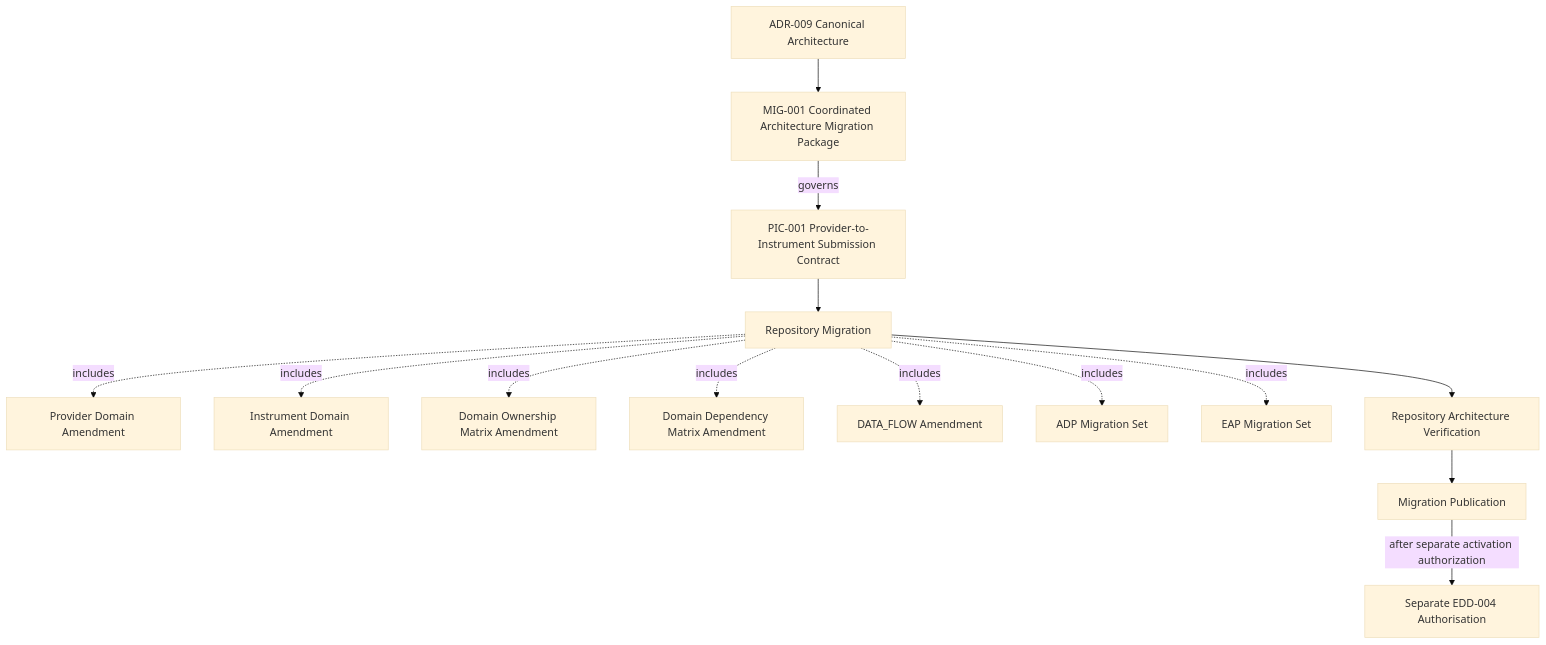
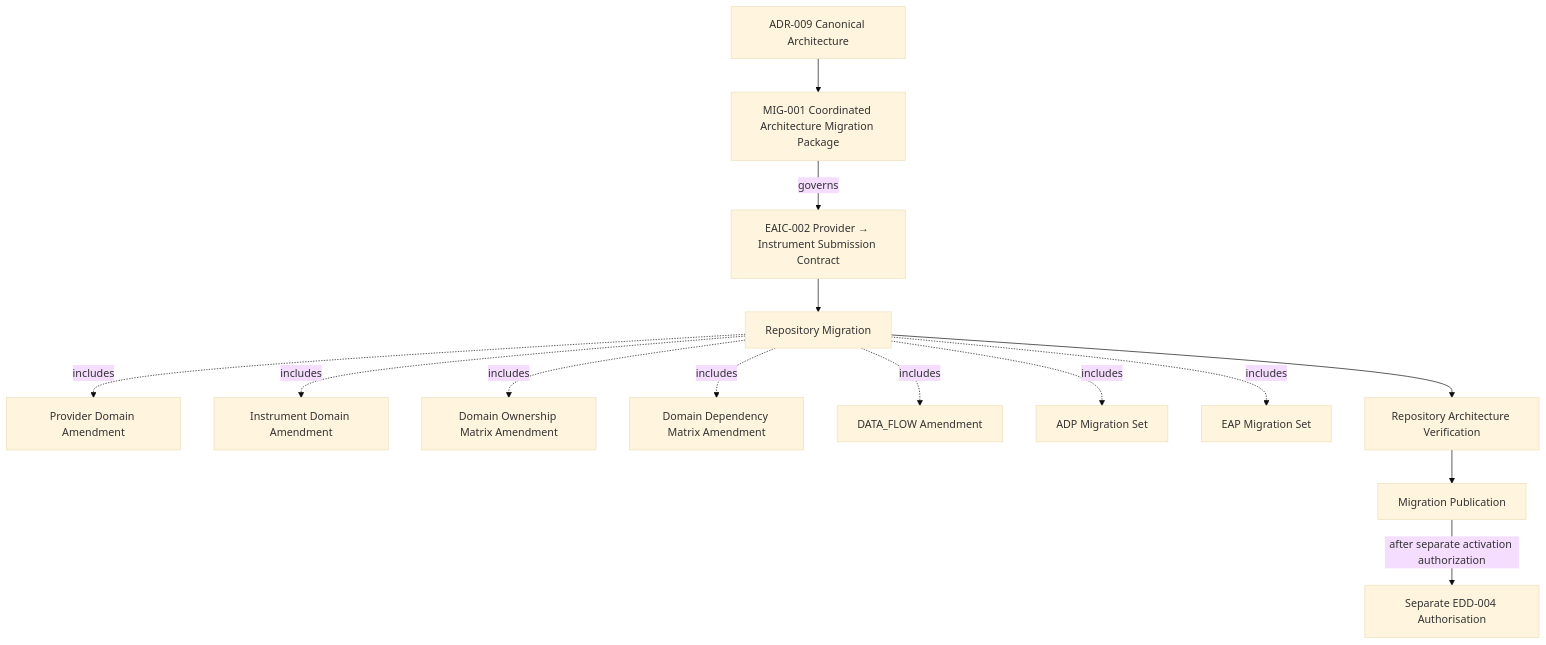
Before and after one commit to emiali-jason/Project-Kronos: the diagram in docs/architecture/migrations/MIG-001-ADR-009-COORDINATED-ARCHITECTURE-MIGRATION-PACKAGE.md, drawn with Mermaid (base theme). The commit also changed other lines of this file and 3 other files, not shown here.

````diff
--- a/docs/architecture/migrations/MIG-001-ADR-009-COORDINATED-ARCHITECTURE-MIGRATION-PACKAGE.md
+++ b/docs/architecture/migrations/MIG-001-ADR-009-COORDINATED-ARCHITECTURE-MIGRATION-PACKAGE.md
@@ -311,32 +311,32 @@
 ```mermaid
 flowchart TD
     ADR009["ADR-009 Canonical Architecture"]
     MIG001["MIG-001 Coordinated Architecture Migration Package"]
-    PIC001["PIC-001 Provider-to-Instrument Submission Contract"]
+    EAIC002["EAIC-002 Provider → Instrument Submission Contract"]
     MIGRATION["Repository Migration"]
     PROVIDER["Provider Domain Amendment"]
     INSTRUMENT["Instrument Domain Amendment"]
     OWNERSHIP["Domain Ownership Matrix Amendment"]
     DEPENDENCY["Domain Dependency Matrix Amendment"]
     FLOW["DATA_FLOW Amendment"]
     ADPS["ADP Migration Set"]
     EAPS["EAP Migration Set"]
     VERIFY["Repository Architecture Verification"]
     PUBLISH["Migration Publication"]
     EDD004["Separate EDD-004 Authorisation"]
 
     ADR009 --> MIG001
-    MIG001 -->|"governs"| PIC001
-    PIC001 --> MIGRATION
+    MIG001 -->|"governs"| EAIC002
+    EAIC002 --> MIGRATION
     MIGRATION --> VERIFY
     VERIFY --> PUBLISH
     PUBLISH -->|"after separate activation authorization"| EDD004
 
     MIGRATION -.->|"includes"| PROVIDER
     MIGRATION -.->|"includes"| INSTRUMENT
     MIGRATION -.->|"includes"| OWNERSHIP
     MIGRATION -.->|"includes"| DEPENDENCY
     MIGRATION -.->|"includes"| FLOW
     MIGRATION -.->|"includes"| ADPS
     MIGRATION -.->|"includes"| EAPS
 ```
````
